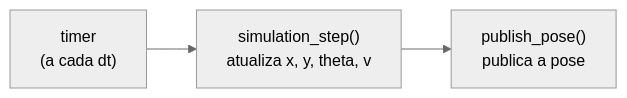
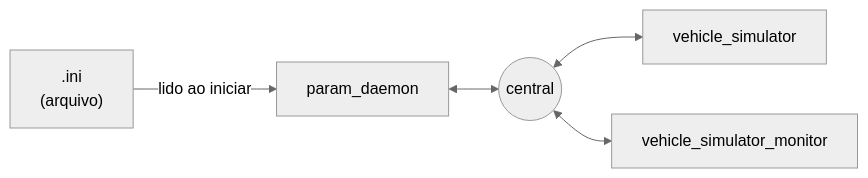
Before and after one commit to BrenoCSilva/lume: the diagram in README.md, drawn with Mermaid (neutral theme). The commit also changed other lines of this file, not shown here.

````diff
--- a/README.md
+++ b/README.md
@@ -17,5 +15,7 @@
 ```mermaid
 flowchart LR
-    T["timer<br/>(a cada dt)"] --> S["simulation_step()<br/>atualiza x, y, theta, v"]
-    S --> P["publish_pose()<br/>publica a pose"]
+    F[".ini<br/>(arquivo)"] -- "lido ao iniciar" --> PD["param_daemon"]
+    PD <--> C(("central"))
+    C <--> M1["vehicle_simulator"]
+    C <--> M2["vehicle_simulator_monitor"]
 ```
````
